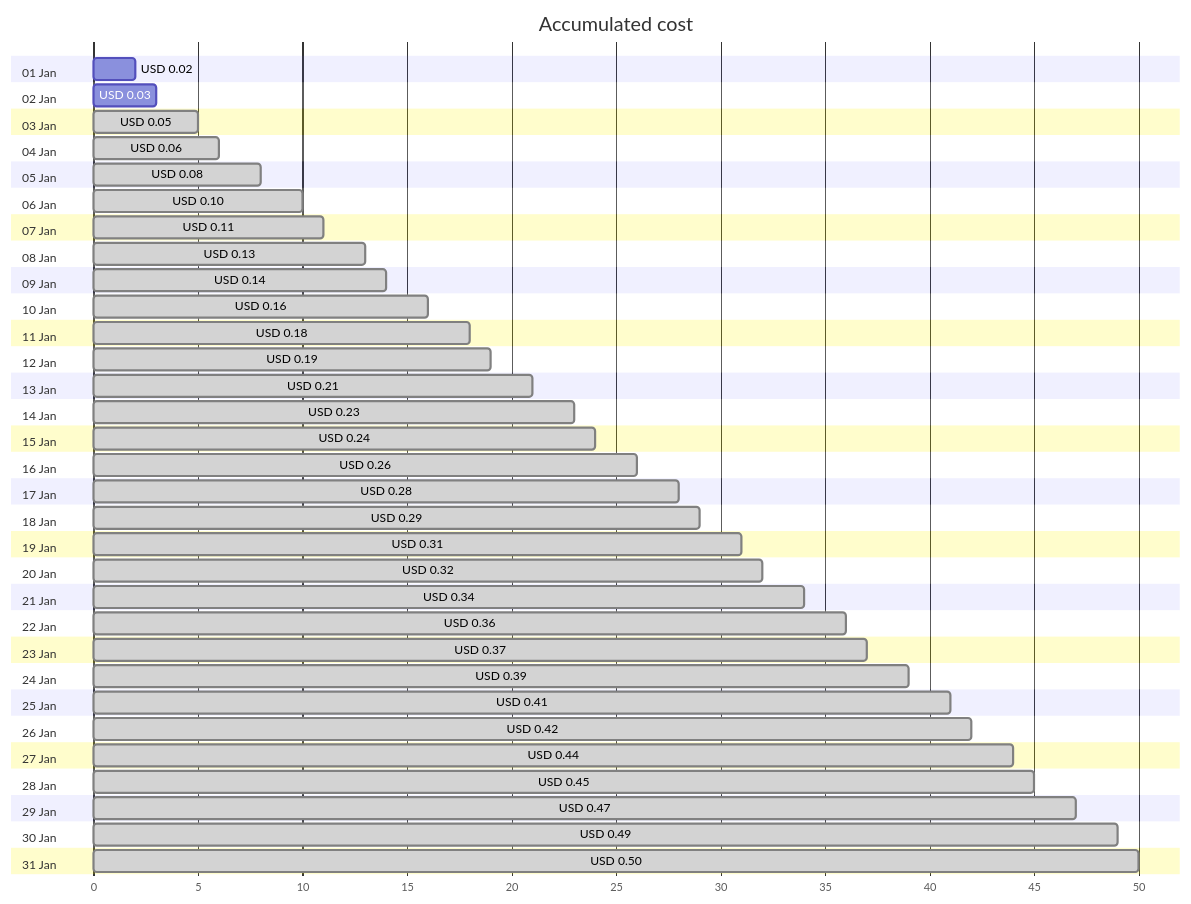
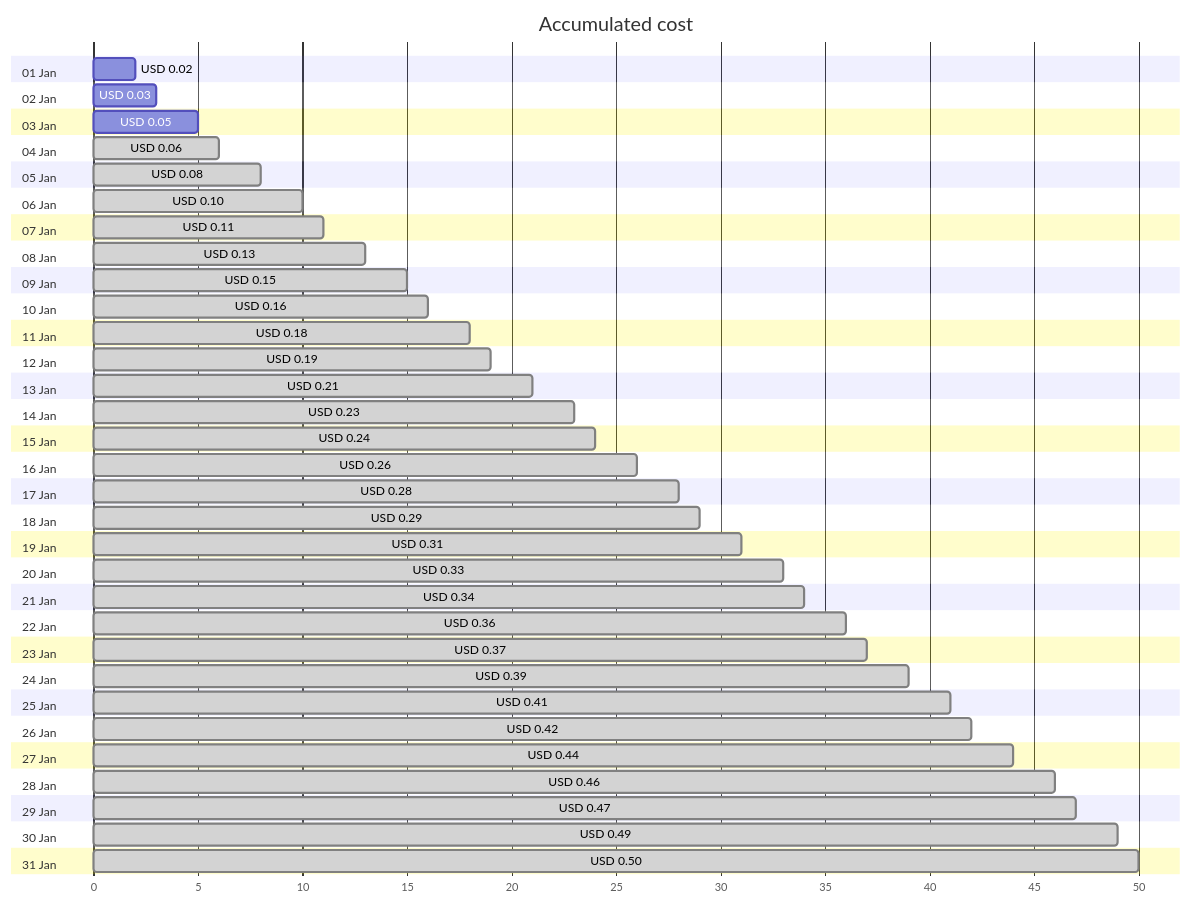
Before and after one commit to jpfulton/azure-personal-reports: the first of 4 diagrams in cost-reports/personal-dns/jpatrickfulton.dev.md, drawn with Mermaid. The commit also changed other lines of this file and 2 other files, not shown here.

````diff
--- a/cost-reports/personal-dns/jpatrickfulton.dev.md
+++ b/cost-reports/personal-dns/jpatrickfulton.dev.md
@@ -20,68 +20,68 @@
 ```mermaid
 gantt
    title Accumulated cost
    dateFormat  X
    axisFormat %s
    section 01 Jan
    USD 0.02 :0, 2
    section 02 Jan
    USD 0.03 :0, 3
    section 03 Jan
-   USD 0.05 : done, 0, 5
+   USD 0.05 :0, 5
    section 04 Jan
    USD 0.06 : done, 0, 6
    section 05 Jan
    USD 0.08 : done, 0, 8
    section 06 Jan
    USD 0.10 : done, 0, 10
    section 07 Jan
    USD 0.11 : done, 0, 11
    section 08 Jan
    USD 0.13 : done, 0, 13
    section 09 Jan
-   USD 0.14 : done, 0, 14
+   USD 0.15 : done, 0, 15
    section 10 Jan
    USD 0.16 : done, 0, 16
    section 11 Jan
    USD 0.18 : done, 0, 18
    section 12 Jan
    USD 0.19 : done, 0, 19
    section 13 Jan
    USD 0.21 : done, 0, 21
    section 14 Jan
    USD 0.23 : done, 0, 23
    section 15 Jan
    USD 0.24 : done, 0, 24
    section 16 Jan
    USD 0.26 : done, 0, 26
    section 17 Jan
    USD 0.28 : done, 0, 28
    section 18 Jan
    USD 0.29 : done, 0, 29
    section 19 Jan
    USD 0.31 : done, 0, 31
    section 20 Jan
-   USD 0.32 : done, 0, 32
+   USD 0.33 : done, 0, 33
    section 21 Jan
    USD 0.34 : done, 0, 34
    section 22 Jan
    USD 0.36 : done, 0, 36
    section 23 Jan
    USD 0.37 : done, 0, 37
    section 24 Jan
    USD 0.39 : done, 0, 39
    section 25 Jan
    USD 0.41 : done, 0, 41
    section 26 Jan
    USD 0.42 : done, 0, 42
    section 27 Jan
    USD 0.44 : done, 0, 44
    section 28 Jan
-   USD 0.45 : done, 0, 45
+   USD 0.46 : done, 0, 46
    section 29 Jan
    USD 0.47 : done, 0, 47
    section 30 Jan
    USD 0.49 : done, 0, 49
    section 31 Jan
    USD 0.50 : done, 0, 50
 ```
````
